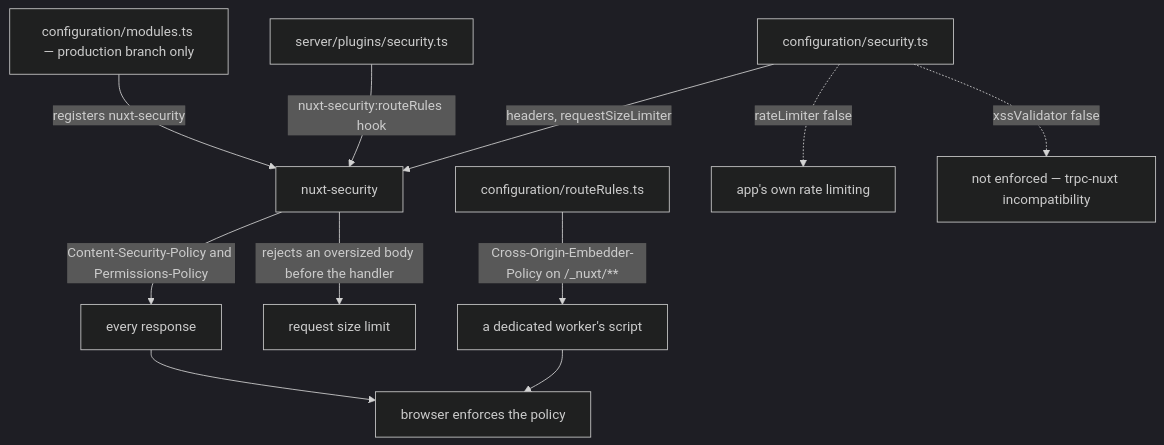
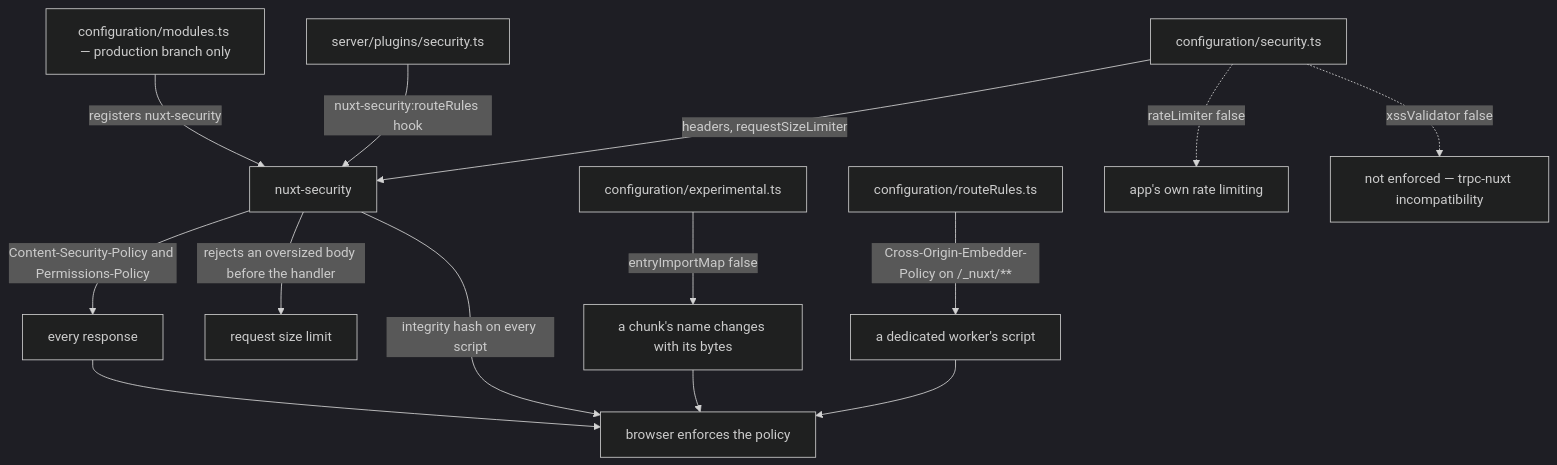
The diagram in apps/web/content/docs/architecture/security-posture.md (Esposter/Esposter), drawn with Mermaid (dark theme) before and after one commit. The commit also changed other lines of this file and 1 other file, not shown here.

First line of the commit message:
fix(web): a chunk's name changes with its bytes, so a cached copy never fails its integrity hash

````diff
--- a/apps/web/content/docs/architecture/security-posture.md
+++ b/apps/web/content/docs/architecture/security-posture.md
@@ -14,13 +14,16 @@
 ```mermaid
 flowchart TD
   modules["configuration/modules.ts — production branch only"] -->|"registers nuxt-security"| module["nuxt-security"]
   config["configuration/security.ts"] -->|"headers, requestSizeLimiter"| module
   plugin["server/plugins/security.ts"] -->|"nuxt-security:routeRules hook"| module
   module -->|"Content-Security-Policy and Permissions-Policy"| response["every response"]
   module -->|"rejects an oversized body before the handler"| upload["request size limit"]
   response --> browser["browser enforces the policy"]
+  module -->|"integrity hash on every script"| browser
+  experimental["configuration/experimental.ts"] -->|"entryImportMap false"| names["a chunk's name changes with its bytes"]
+  names --> browser
   rules["configuration/routeRules.ts"] -->|"Cross-Origin-Embedder-Policy on /_nuxt/**"| worker["a dedicated worker's script"]
   worker --> browser
   config -.->|"rateLimiter false"| rate["app's own rate limiting"]
   config -.->|"xssValidator false"| xss["not enforced — trpc-nuxt incompatibility"]
 ```
````
